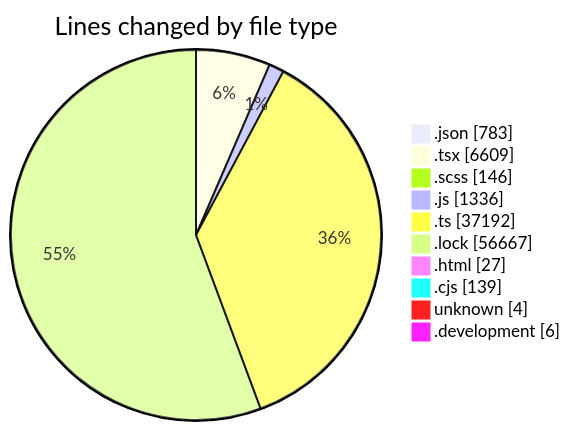
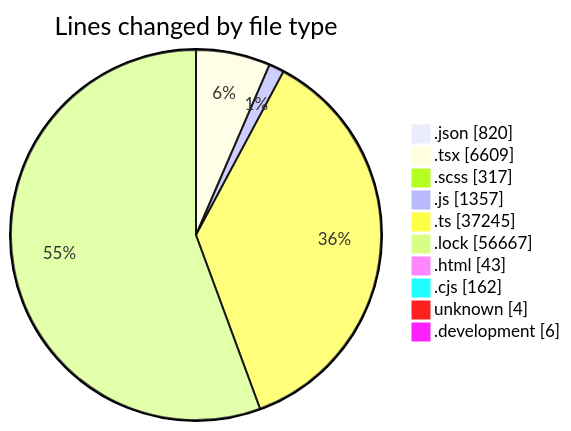
Before and after one commit to momahboobian/code-tracking: the first of 2 diagrams in 2026-09-03/cda/README.md, drawn with Mermaid. The commit also changed other lines of this file and 1 other file, not shown here.

````diff
--- a/2026-09-03/cda/README.md
+++ b/2026-09-03/cda/README.md
@@ -84,14 +95,14 @@
 ```mermaid
 pie showData
 title Lines changed by file type
-".json" : 783
+".json" : 820
 ".tsx" : 6609
-".scss" : 146
-".js" : 1336
-".ts" : 37192
+".scss" : 317
+".js" : 1357
+".ts" : 37245
 ".lock" : 56667
-".html" : 27
-".cjs" : 139
+".html" : 43
+".cjs" : 162
 "unknown" : 4
 ".development" : 6
 ```
````
